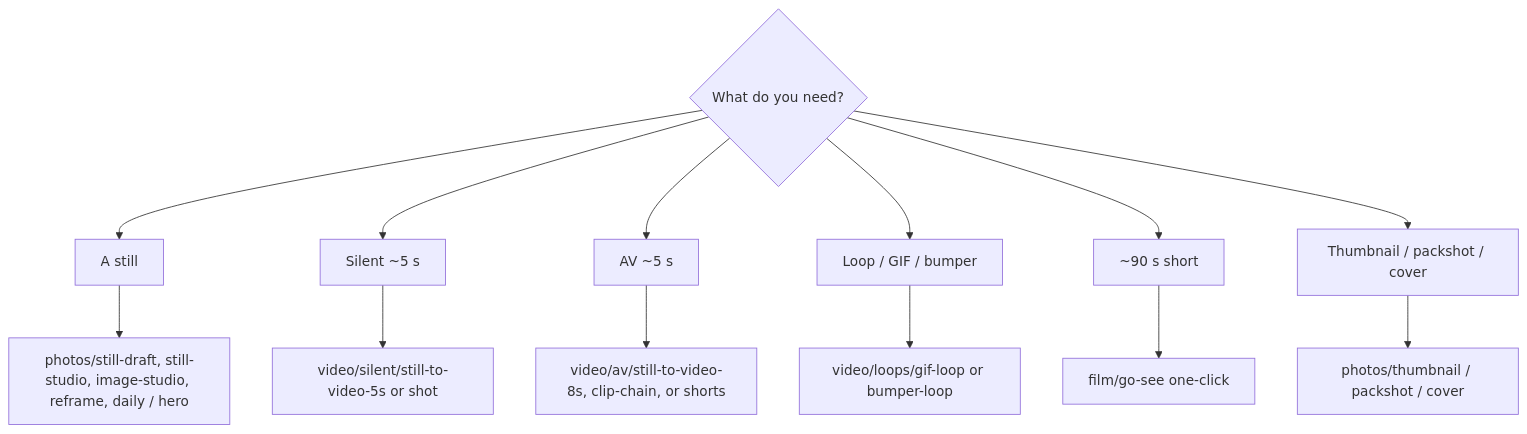
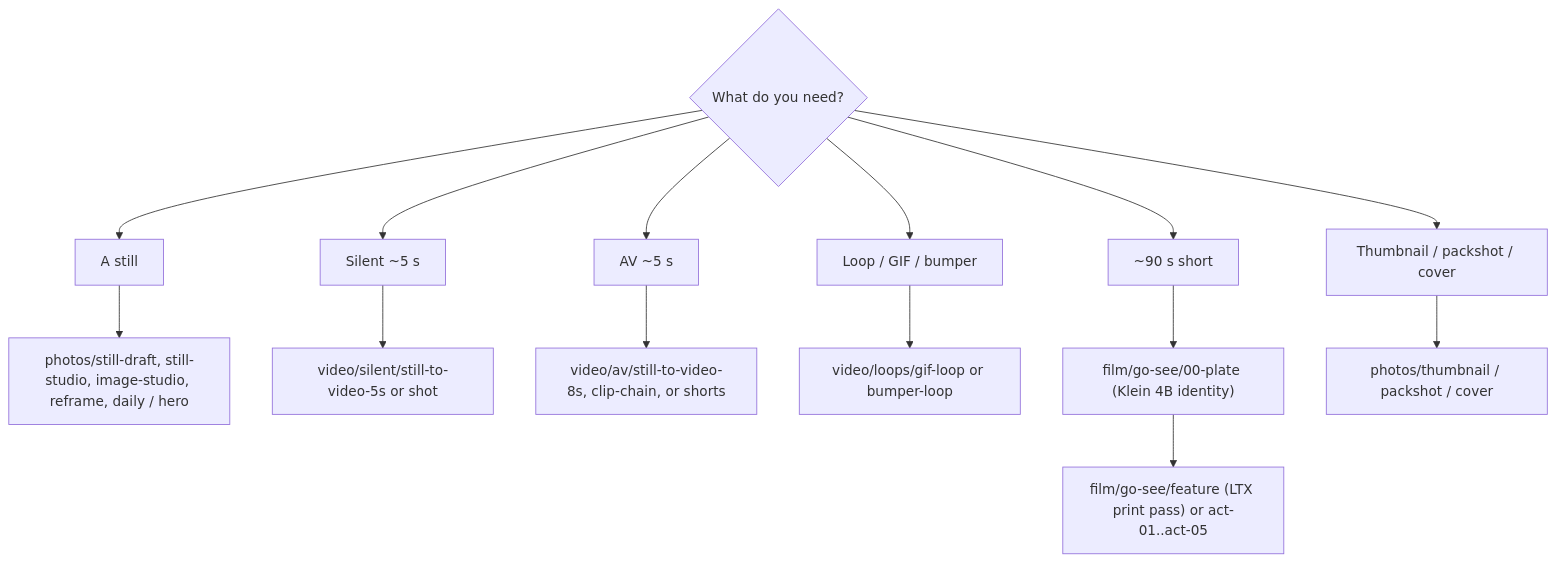
One commit to toxicoder/ez-comfy-stack changed the diagram in docs/studio-workflows.mdx. Above: the diagram before and after it, drawn with Mermaid. The commit also changed other lines of this file and 113 other files, not shown here.

First line of the commit message:
feat: split each film into a plate app and a print-pass app

````diff
--- a/docs/studio-workflows.mdx
+++ b/docs/studio-workflows.mdx
@@ -55,15 +55,16 @@
 ```mermaid
 flowchart TB
   Need{"What do you need?"} --> Still["A still"]
   Need --> Motion["Silent ~5 s"]
   Need --> AV["AV ~5 s"]
   Need --> Loop["Loop / GIF / bumper"]
   Need --> Film["~90 s short"]
   Need --> Plate["Thumbnail / packshot / cover"]
   Still --> K["photos/still-draft, still-studio, image-studio, reframe, daily / hero"]
   Motion --> W["video/silent/still-to-video-5s or shot"]
   AV --> L["video/av/still-to-video-8s, clip-chain, or shorts"]
   Loop --> G["video/loops/gif-loop or bumper-loop"]
-  Film --> F["film/go-see one-click"]
+  Film --> PL["film/go-see/00-plate (Klein 4B identity)"]
+  PL --> F["film/go-see/feature (LTX print pass) or act-01..act-05"]
   Plate --> C["photos/thumbnail / packshot / cover"]
 ```
````
